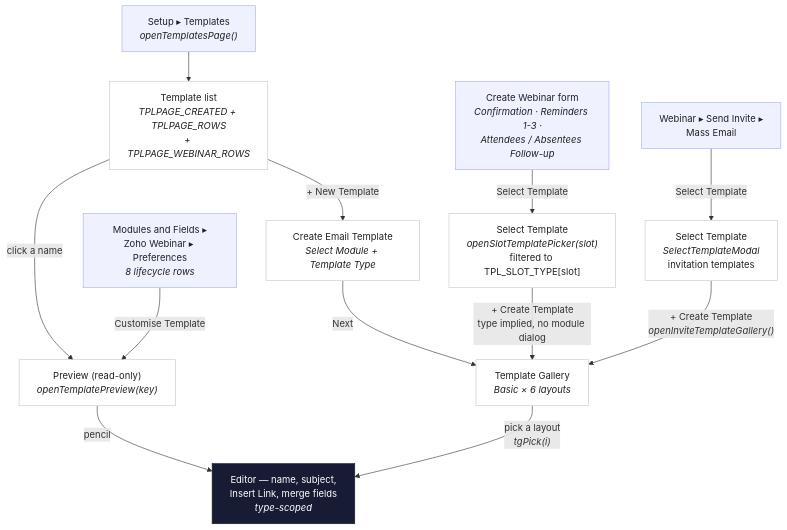
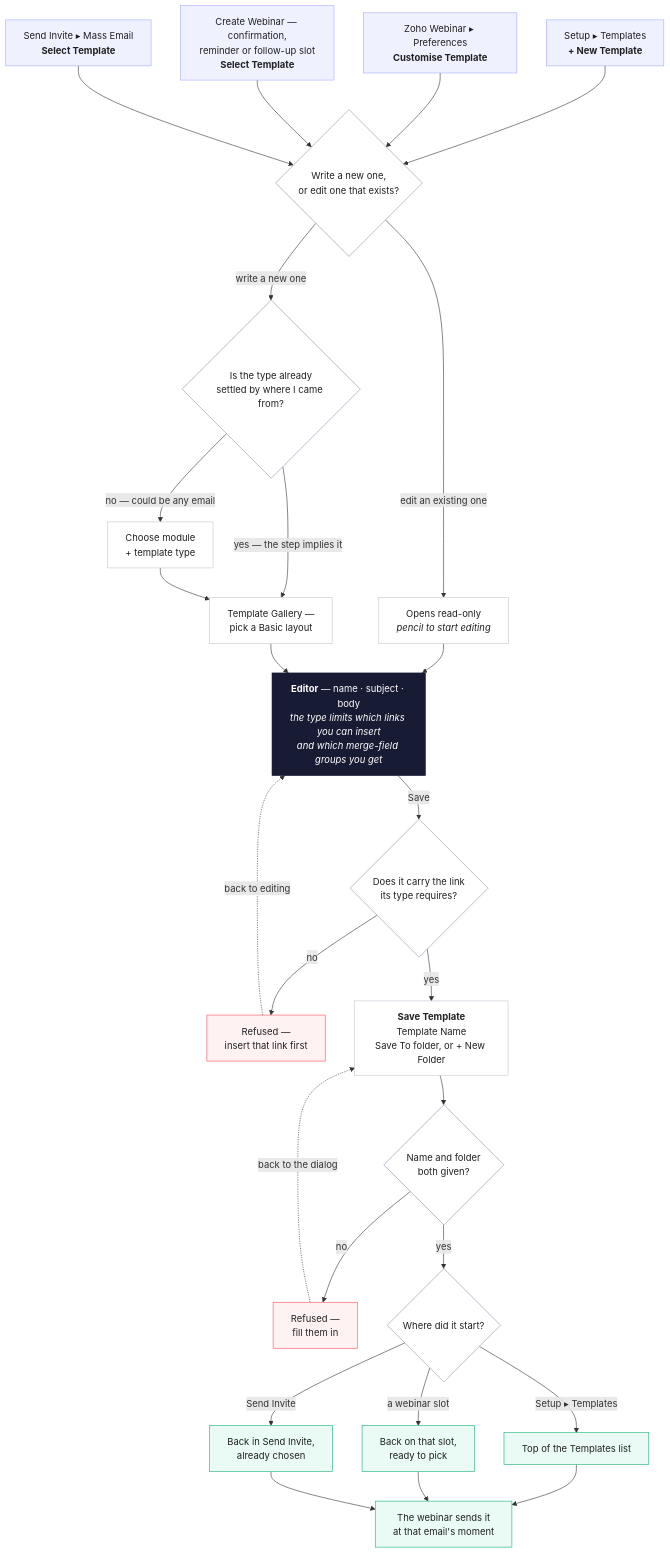
Before and after one commit to jay-suriya/Zoho_Webinar: the diagram in docs/flows/template-flow.md, drawn with Mermaid. The commit also changed other lines of this file, not shown here.

Commit message:
Tell the template story as one flow, not two charts
The chart split browse/create from saving, which is what made saving feel
detached from the rest. It is now a single top-down spine: the four entry
points converge, then new-or-edit, then whether the type is already
settled, then the layout, the editor, both save gates inline, where it
lands by origin, and finally the webinar sending it.

Also fixes labels that rendered wrong: Mermaid's entity syntax is
"#9656;" with no ampersand, so "&#9656;" was printing a stray "&".
Literal characters are used throughout now.

````diff
--- a/docs/flows/template-flow.md
+++ b/docs/flows/template-flow.md
@@ -12,38 +9,50 @@
 ```mermaid
 flowchart TD
   classDef entry fill:#F0F1FF,stroke:#A3ACFF,color:#202123
-  classDef screen fill:#FFFFFF,stroke:#C5C4D3,color:#202123
-  classDef editor fill:#181B34,stroke:#181B34,color:#FFFFFF
-  classDef gate fill:#FFF2F3,stroke:#FF4D5B,color:#202123
-  classDef store fill:#E9FBF4,stroke:#19B171,color:#202123
+  classDef ask   fill:#FFFFFF,stroke:#8C91AB,color:#202123
+  classDef step  fill:#FFFFFF,stroke:#C5C4D3,color:#202123
+  classDef write fill:#181B34,stroke:#181B34,color:#FFFFFF
+  classDef stop  fill:#FFF2F3,stroke:#FF4D5B,color:#202123
+  classDef land  fill:#E9FBF4,stroke:#19B171,color:#202123
 
-  E1["Setup ▸ Templates<br/><i>openTemplatesPage()</i>"]:::entry
-  E2["Modules and Fields ▸<br/>Zoho Webinar ▸ Preferences<br/><i>8 lifecycle rows</i>"]:::entry
-  E3["Create Webinar form<br/><i>Confirmation · Reminders 1-3 ·<br/>Attendees / Absentees Follow-up</i>"]:::entry
-  E4["Webinar ▸ Send Invite ▸<br/>Mass Email"]:::entry
+  A["Setup ▸ Templates<br/><b>+ New Template</b>"]:::entry
+  B["Zoho Webinar ▸ Preferences<br/><b>Customise Template</b>"]:::entry
+  C["Create Webinar — confirmation,<br/>reminder or follow-up slot<br/><b>Select Template</b>"]:::entry
+  D["Send Invite ▸ Mass Email<br/><b>Select Template</b>"]:::entry
 
-  L1["Template list<br/><i>TPLPAGE_CREATED + TPLPAGE_ROWS<br/>+ TPLPAGE_WEBINAR_ROWS</i>"]:::screen
-  PV["Preview (read-only)<br/><i>openTemplatePreview(key)</i>"]:::screen
-  P3["Select Template<br/><i>openSlotTemplatePicker(slot)</i><br/>filtered to TPL_SLOT_TYPE[slot]"]:::screen
-  P4["Select Template<br/><i>SelectTemplateModal</i><br/>invitation templates"]:::screen
+  A --> Q
+  B --> Q
+  C --> Q
+  D --> Q
 
-  CT["Create Email Template<br/><i>Select Module + Template Type</i>"]:::screen
-  GAL["Template Gallery<br/><i>Basic × 6 layouts</i>"]:::screen
-  ED["Editor — name, subject,<br/>Insert Link, merge fields<br/><i>type-scoped</i>"]:::editor
+  Q{"Write a new one,<br/>or edit one that exists?"}:::ask
+  Q -- "edit an existing one" --> EX["Opens read-only<br/><i>pencil to start editing</i>"]:::step
+  Q -- "write a new one" --> T{"Is the type already<br/>settled by where I came from?"}:::ask
 
-  E1 --> L1
-  L1 -- "click a name" --> PV
-  PV -- "pencil" --> ED
-  L1 -- "+ New Template" --> CT
-  CT -- "Next" --> GAL
+  T -- "no — could be any email" --> M["Choose module<br/>+ template type"]:::step
+  T -- "yes — the step implies it" --> GAL
+  M --> GAL["Template Gallery —<br/>pick a Basic layout"]:::step
 
-  E2 -- "Customise Template" --> PV
+  EX --> ED
+  GAL --> ED
+  ED["<b>Editor</b> — name · subject · body<br/><i>the type limits which links you can insert<br/>and which merge-field groups you get</i>"]:::write
 
-  E3 -- "Select Template" --> P3
-  P3 -- "+ Create Template<br/>type implied, no module dialog" --> GAL
+  ED -- "Save" --> G1{"Does it carry the link<br/>its type requires?"}:::ask
+  G1 -- "no" --> X1["Refused —<br/>insert that link first"]:::stop
+  X1 -. "back to editing" .-> ED
 
-  E4 -- "Select Template" --> P4
-  P4 -- "+ Create Template<br/><i>openInviteTemplateGallery()</i>" --> GAL
+  G1 -- "yes" --> DLG["<b>Save Template</b><br/>Template Name<br/>Save To folder, or + New Folder"]:::step
+  DLG --> G2{"Name and folder<br/>both given?"}:::ask
+  G2 -- "no" --> X2["Refused —<br/>fill them in"]:::stop
+  X2 -. "back to the dialog" .-> DLG
 
-  GAL -- "pick a layout<br/><i>tgPick(i)</i>" --> ED
+  G2 -- "yes" --> W{"Where did it start?"}:::ask
+  W -- "Setup ▸ Templates" --> L1["Top of the Templates list"]:::land
+  W -- "a webinar slot" --> L2["Back on that slot,<br/>ready to pick"]:::land
+  W -- "Send Invite" --> L3["Back in Send Invite,<br/>already chosen"]:::land
+
+  L1 --> USE
+  L2 --> USE
+  L3 --> USE
+  USE["The webinar sends it<br/>at that email's moment"]:::land
 ```
````
